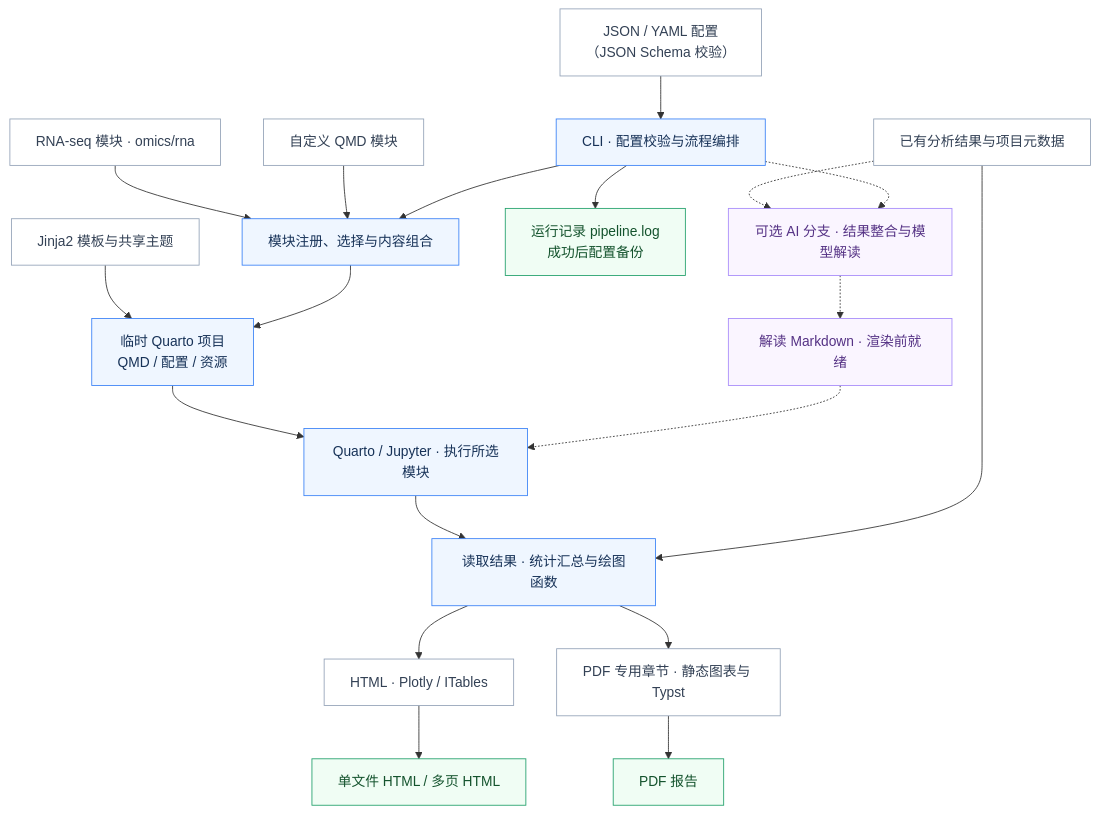
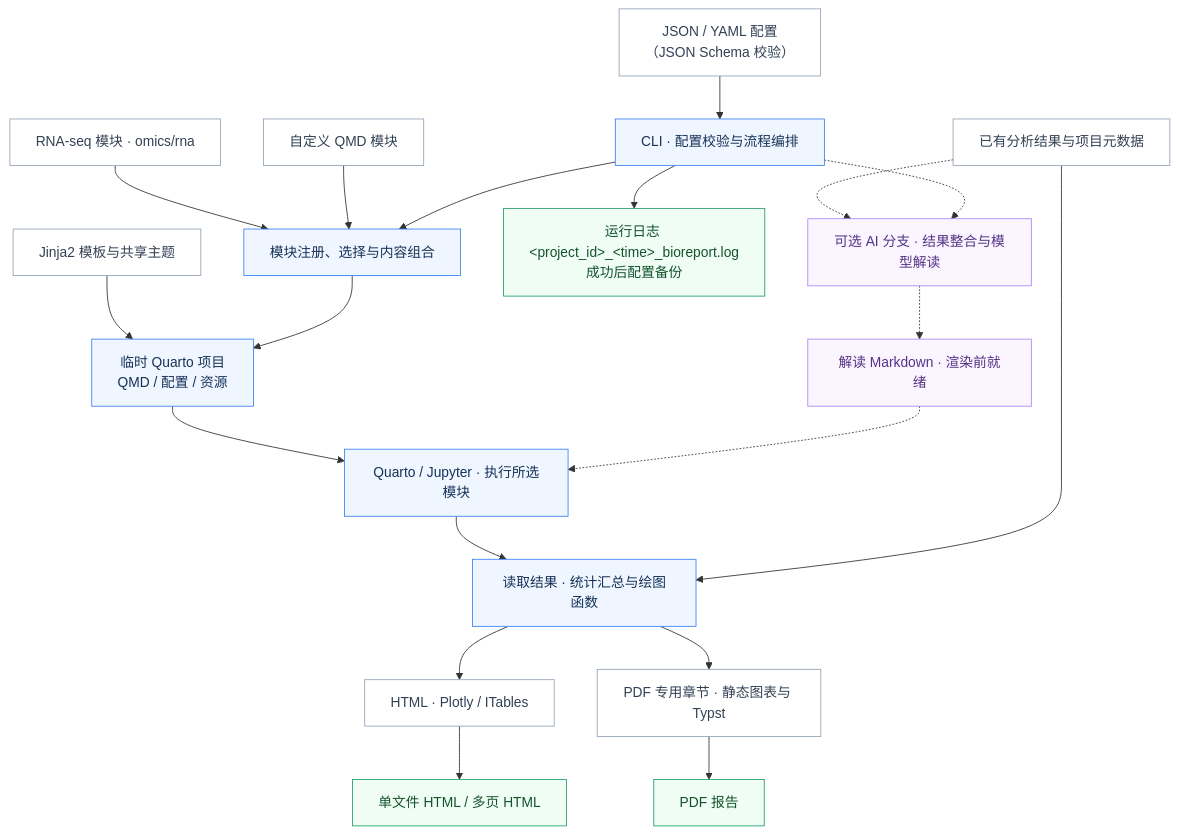
The diagram in templates/shared/assets/architecture.mmd (xsx123123/bioreport), drawn with Mermaid before and after one commit. The commit also changed 21 other files, not shown here.

```diff
--- a/templates/shared/assets/architecture.mmd
+++ b/templates/shared/assets/architecture.mmd
@@ -1,25 +1,25 @@
 flowchart TB
   Config["JSON / YAML 配置<br/>（JSON Schema 校验）"] --> Control["CLI · 配置校验与流程编排"]
   RNA["RNA-seq 模块 · omics/rna"] --> Compose["模块注册、选择与内容组合"]
   Custom["自定义 QMD 模块"] --> Compose
   Theme["Jinja2 模板与共享主题"] --> Stage["临时 Quarto 项目<br/>QMD / 配置 / 资源"]
   Control --> Compose --> Stage --> Execute["Quarto / Jupyter · 执行所选模块"]
   Execute --> Analysis["读取结果 · 统计汇总与绘图函数"]
   Data["已有分析结果与项目元数据"] --> Analysis
-  Control --> Records["运行记录 pipeline.log<br/>成功后配置备份"]
+  Control --> Records["运行日志 &lt;project_id&gt;_&lt;time&gt;_bioreport.log<br/>成功后配置备份"]
   Analysis --> HTMLView["HTML · Plotly / ITables"] --> HTML["单文件 HTML / 多页 HTML"]
   Analysis --> PDFView["PDF 专用章节 · 静态图表与 Typst"] --> PDF["PDF 报告"]
   Data -.-> AI["可选 AI 分支 · 结果整合与模型解读"]
   Control -.-> AI
   AI -.-> Markdown["解读 Markdown · 渲染前就绪"]
   Markdown -.-> Execute
 
   classDef plain fill:#ffffff,stroke:#94a3b8,color:#334155;
   classDef blue fill:#eff6ff,stroke:#3b82f6,color:#173258;
   classDef green fill:#f0fdf4,stroke:#22a06b,color:#14532d;
   classDef optional fill:#faf5ff,stroke:#a78bfa,color:#553285;
 
   class Config,Data,RNA,Custom,Theme,HTMLView,PDFView plain;
   class Control,Compose,Stage,Execute,Analysis blue;
   class HTML,PDF,Records green;
   class AI,Markdown optional;
```
